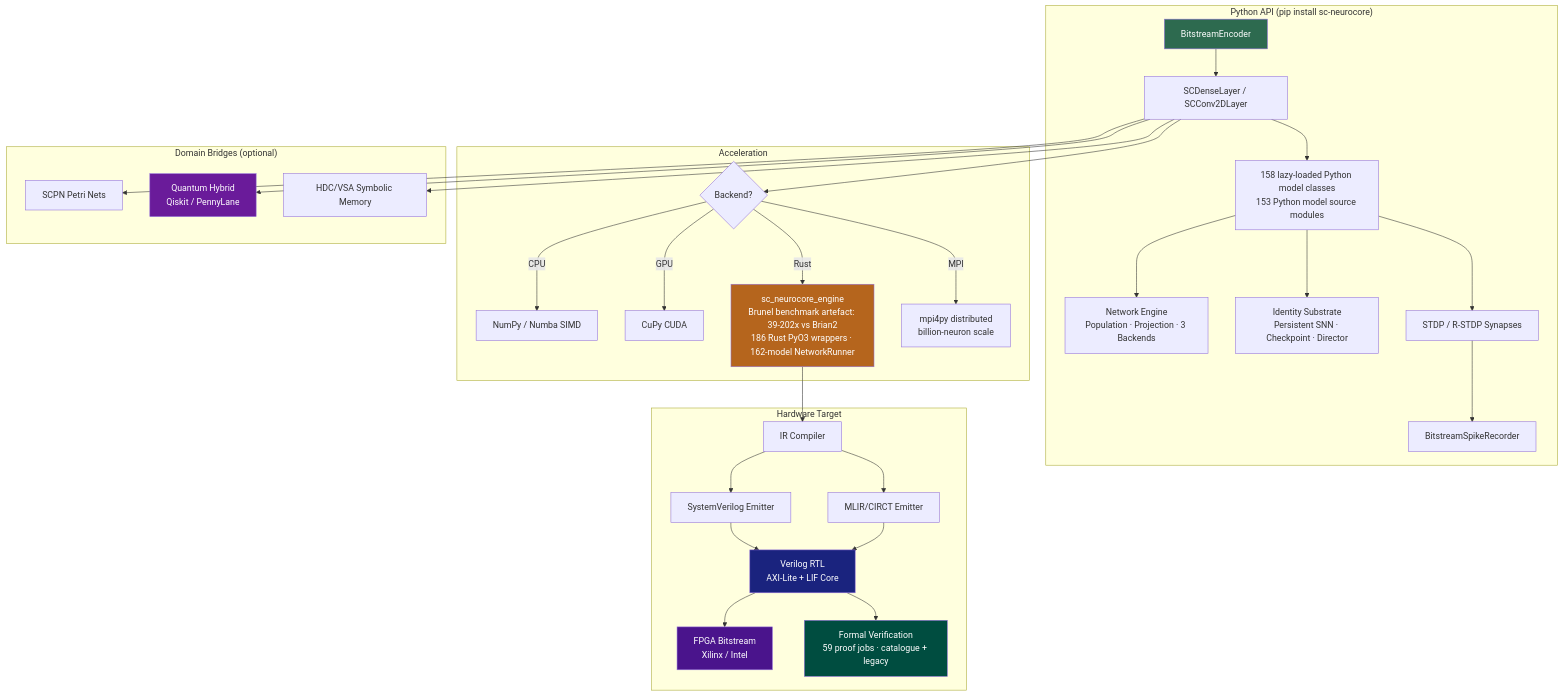
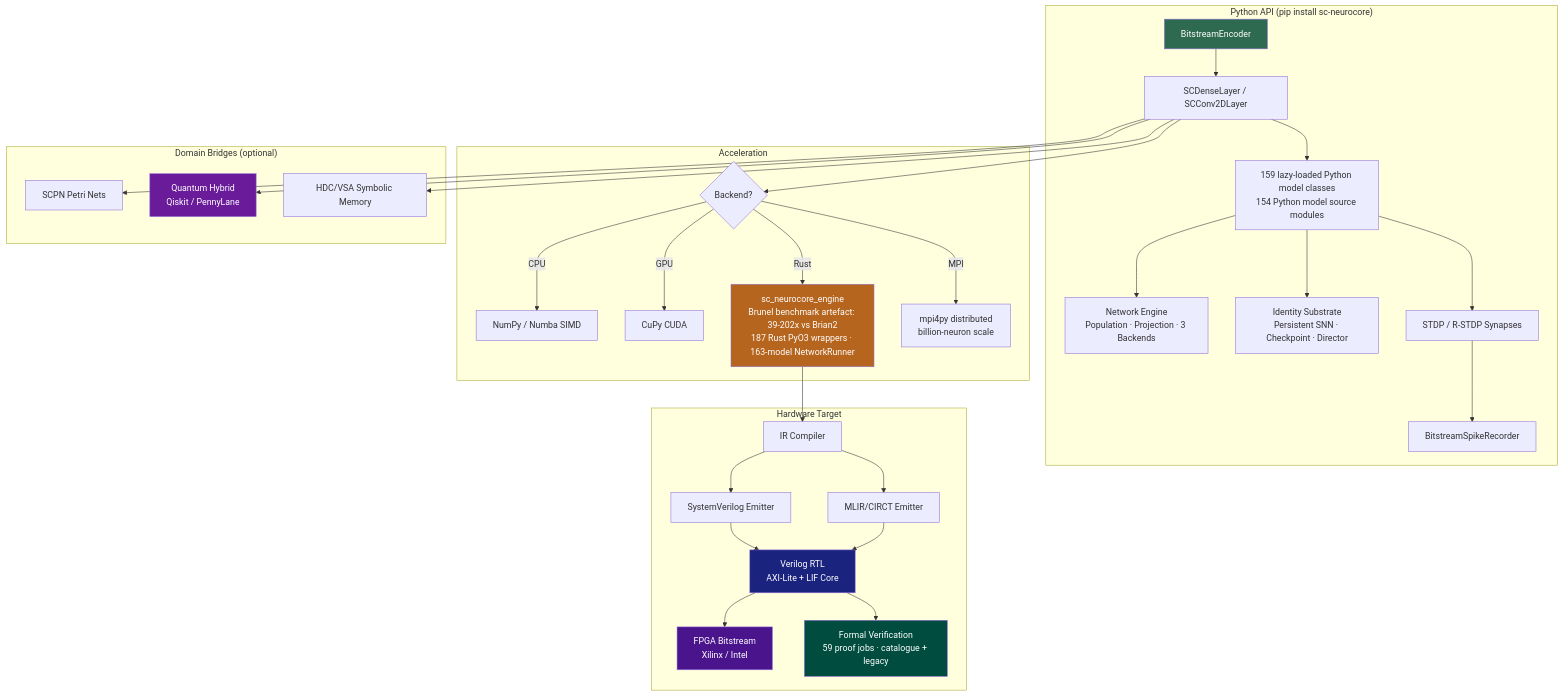
Before and after one commit to anulum/sc-neurocore: the diagram in README.md, drawn with Mermaid. The commit also changed other lines of this file and 73 other files, not shown here.

First line of the commit message:
feat(neurons): split Aihara source model from SC chaotic map

````diff
--- a/README.md
+++ b/README.md
@@ -367,42 +367,42 @@
 ```mermaid
 graph TD
     subgraph "Python API (pip install sc-neurocore)"
         A[BitstreamEncoder] --> B[SCDenseLayer / SCConv2DLayer]
-        B --> C[158 lazy-loaded Python model classes<br/>153 Python model source modules]
+        B --> C[159 lazy-loaded Python model classes<br/>154 Python model source modules]
         C --> NET[Network Engine<br/>Population · Projection · 3 Backends]
         C --> ID[Identity Substrate<br/>Persistent SNN · Checkpoint · Director]
         C --> D[STDP / R-STDP Synapses]
         D --> E[BitstreamSpikeRecorder]
     end
 
     subgraph "Acceleration"
         B --> F{Backend?}
         F -->|CPU| G[NumPy / Numba SIMD]
         F -->|GPU| H[CuPy CUDA]
-        F -->|Rust| I[sc_neurocore_engine<br/>Brunel benchmark artefact: 39-202x vs Brian2<br/>186 Rust PyO3 wrappers · 162-model NetworkRunner]
+        F -->|Rust| I[sc_neurocore_engine<br/>Brunel benchmark artefact: 39-202x vs Brian2<br/>187 Rust PyO3 wrappers · 163-model NetworkRunner]
         F -->|MPI| MPI[mpi4py distributed<br/>billion-neuron scale]
     end
 
     subgraph "Hardware Target"
         I --> J[IR Compiler]
         J --> K[SystemVerilog Emitter]
         J --> K2[MLIR/CIRCT Emitter]
         K --> L[Verilog RTL<br/>AXI-Lite + LIF Core]
         K2 --> L
         L --> M[FPGA Bitstream<br/>Xilinx / Intel]
         L --> V[Formal Verification<br/>59 proof jobs · catalogue + legacy]
     end
 
     subgraph "Domain Bridges (optional)"
         B --> N[SCPN Petri Nets]
         B --> O[Quantum Hybrid<br/>Qiskit / PennyLane]
         B --> P[HDC/VSA Symbolic Memory]
     end
 
     style A fill:#2d6a4f,color:#fff
     style I fill:#b5651d,color:#fff
     style L fill:#1a237e,color:#fff
     style M fill:#4a148c,color:#fff
     style O fill:#6a1b9a,color:#fff
     style V fill:#004d40,color:#fff
 ```
````
